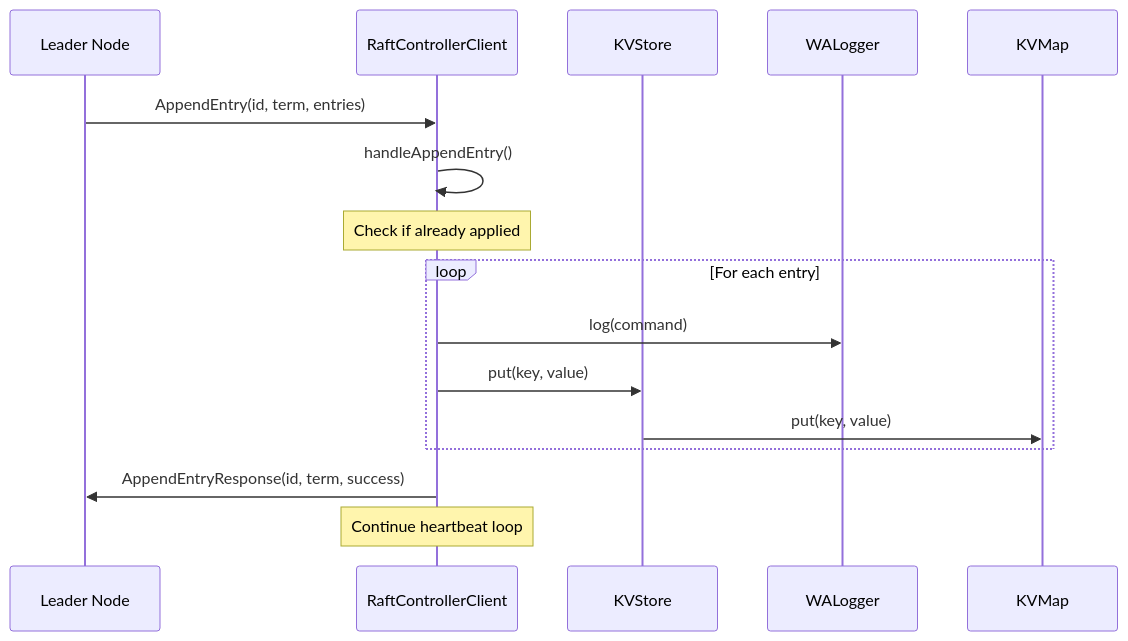
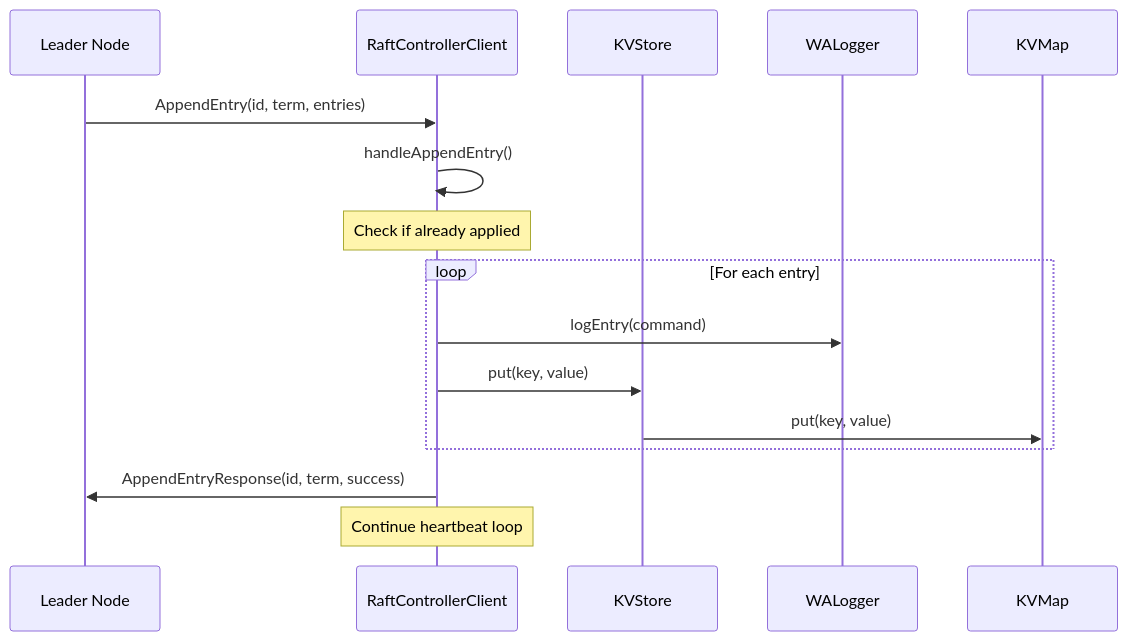
Before and after one commit to JadoreThompson/kv-store: the sixth of 11 diagrams in README.md, drawn with Mermaid. The commit also changed other lines of this file and 37 other files, not shown here.

````diff
--- a/README.md
+++ b/README.md
@@ -673,24 +674,24 @@
 ```mermaid
 sequenceDiagram
     participant Leader as Leader Node
     participant ControllerClient as RaftControllerClient
     participant KVStore
     participant WALogger
     participant KVMap
     
     Leader->>ControllerClient: AppendEntry(id, term, entries)
     
     ControllerClient->>ControllerClient: handleAppendEntry()
     
     Note over ControllerClient: Check if already applied
     
     loop For each entry
-        ControllerClient->>WALogger: log(command)
+        ControllerClient->>WALogger: logEntry(command)
         ControllerClient->>KVStore: put(key, value)
         KVStore->>KVMap: put(key, value)
     end
     
     ControllerClient->>Leader: AppendEntryResponse(id, term, success)
     
     Note over ControllerClient: Continue heartbeat loop
 ```
````
